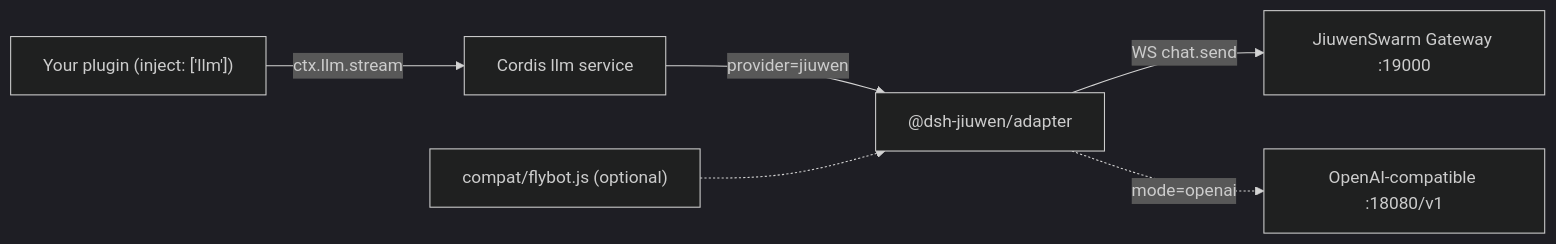
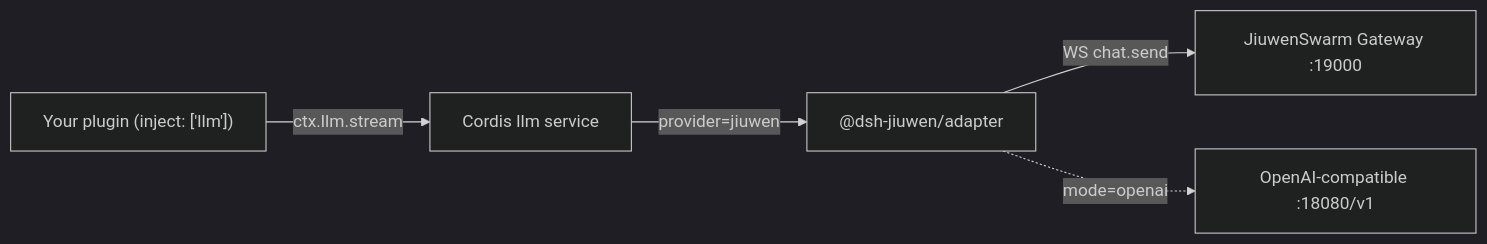
Before and after one commit to Birfy/dsh-jiuwen-adapter: the diagram in README.md, drawn with Mermaid (dark theme). The commit also changed other lines of this file and 10 other files, not shown here.

````diff
--- a/README.md
+++ b/README.md
@@ -14,8 +37,7 @@
 ```mermaid
 flowchart LR
   P["Your plugin (inject: ['llm'])"] -->|ctx.llm.stream| L["Cordis llm service"]
   L -->|provider=jiuwen| A["@dsh-jiuwen/adapter"]
   A -->|"WS chat.send"| G["JiuwenSwarm Gateway :19000"]
   A -.->|"mode=openai"| O["OpenAI-compatible :18080/v1"]
-  C["compat/flybot.js (optional)"] -.-> A
 ```
````
